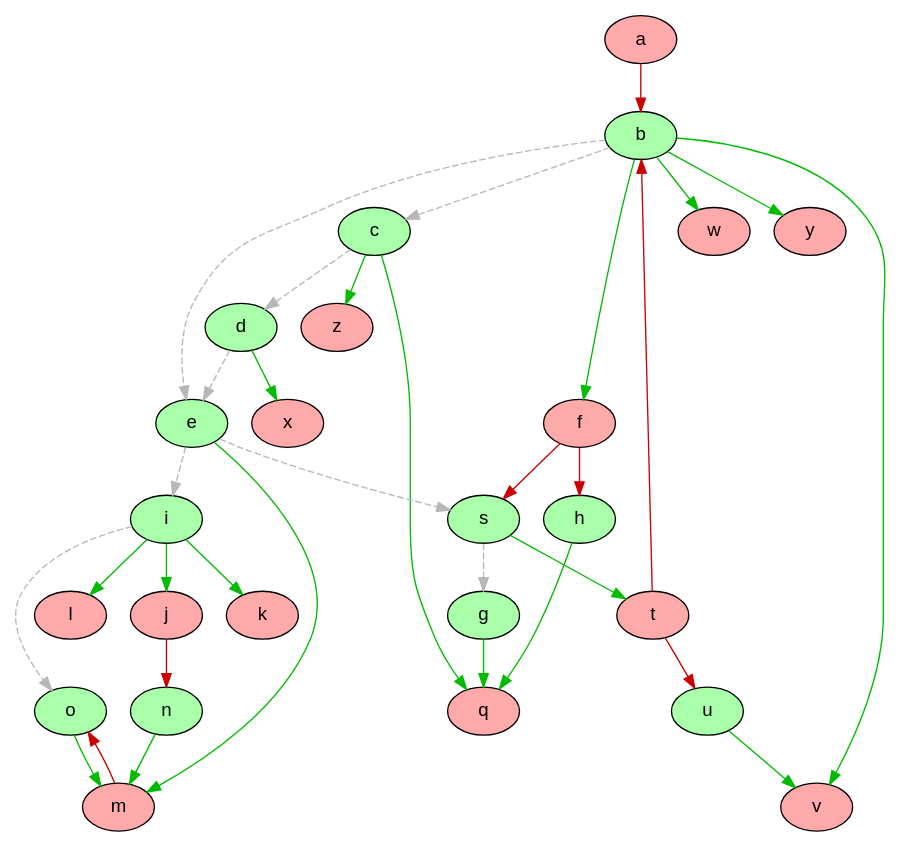
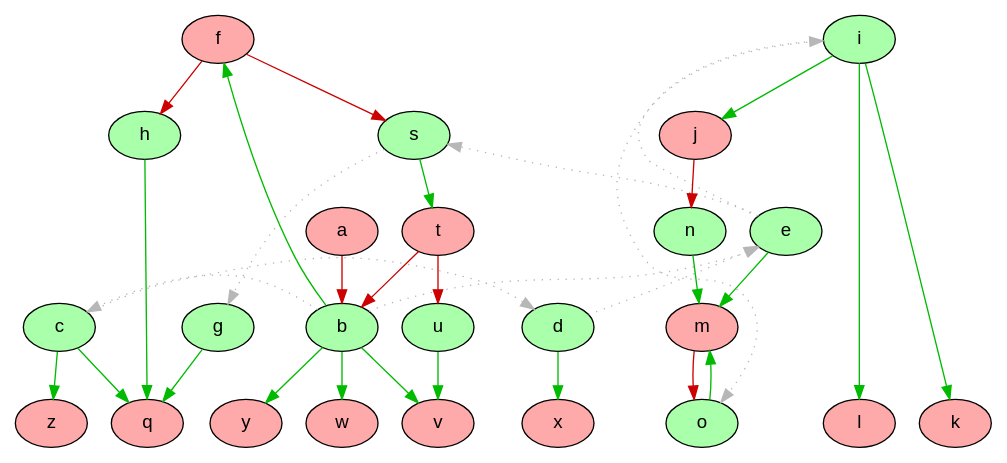
The diagram in IDCC-2024/graphs/game_pw1_graph_colored.dot (idaks/Games-and-Argumentation), drawn with Graphviz before and after one commit. The commit also changed 18 other files, not shown here.

```diff
--- a/IDCC-2024/graphs/game_pw1_graph_colored.dot
+++ b/IDCC-2024/graphs/game_pw1_graph_colored.dot
@@ -1,40 +1,44 @@
 digraph G {
+  rankdir="TB"
   node [shape=oval style=filled fontname=Helvetica fontsize=14]
-  node [fillcolor="#AAFFAA" fontcolor="#000000"] b c d e s g h i o n u;
-  node [fillcolor="#FFAAAA" fontcolor="#000000"] a t f j k l m q v w x y z;
-  edge [dir=forward, color="#CC0000", style="solid"]
-        "a" -> "b";
-        "t" -> "b";
-        "f" -> "h";
-        "j" -> "n";
-        "m" -> "o";
-        "f" -> "s";
-        "t" -> "u";
-  edge [dir=forward, color="#b7b7b7", style="dashed"]
-        "b" -> "c";
-        "c" -> "d";
-        "b" -> "e";
-        "d" -> "e";
-        "s" -> "g";
-        "e" -> "i";
-        "i" -> "o";
-        "e" -> "s";
-  edge [dir=forward, color="#00BB00", style="solid"]
-        "b" -> "f";
-        "i" -> "j";
-        "i" -> "k";
-        "i" -> "l";
-        "e" -> "m";
-        "o" -> "m";
-        "n" -> "m";
-        "g" -> "q";
-        "h" -> "q";
-        "c" -> "q";
-        "s" -> "t";
-        "b" -> "v";
-        "u" -> "v";
-        "b" -> "w";
-        "d" -> "x";
-        "b" -> "y";
-        "c" -> "z";
+  node [fillcolor="#AAFFAA" fontcolor="#000000"] b c d e s g h i o n u
+  node [fillcolor="#FFAAAA" fontcolor="#000000"] a t f j k l m q v w x y z
+  edge [dir=forward color="#CC0000" style="solid"]
+        "a" -> "b" 
+        "t" -> "b" 
+        "f" -> "h" 
+        "j" -> "n" 
+        "m" -> "o" 
+        "f" -> "s" 
+        "t" -> "u" 
+  edge [dir=forward color="#00BB00" style="solid"]
+        "b" -> "f" 
+        "i" -> "j" 
+        "i" -> "k" 
+        "i" -> "l" 
+        "e" -> "m" 
+        "o" -> "m" 
+        "n" -> "m" 
+        "g" -> "q" 
+        "h" -> "q" 
+        "c" -> "q" 
+        "s" -> "t" 
+        "b" -> "v" 
+        "u" -> "v" 
+        "b" -> "w" 
+        "d" -> "x" 
+        "b" -> "y" 
+        "c" -> "z" 
+  edge [dir=forward color="#b7b7b7" style="dotted" constraint=false]
+        "b" -> "c" 
+        "c" -> "d" 
+        "b" -> "e" 
+        "d" -> "e" 
+        "s" -> "g" 
+        "e" -> "i" 
+        "i" -> "o" 
+        "e" -> "s" 
+
+  {rank = max k l q v w x y z}
+  {rank = min f}
 }
```
